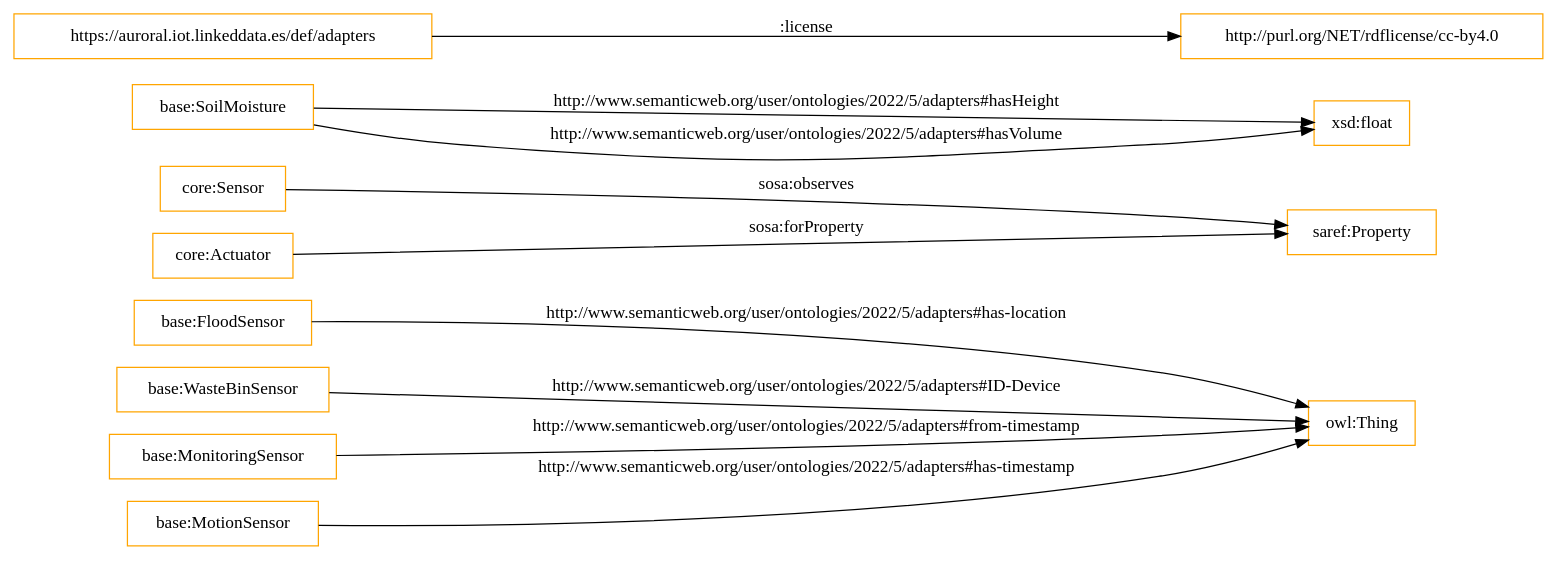
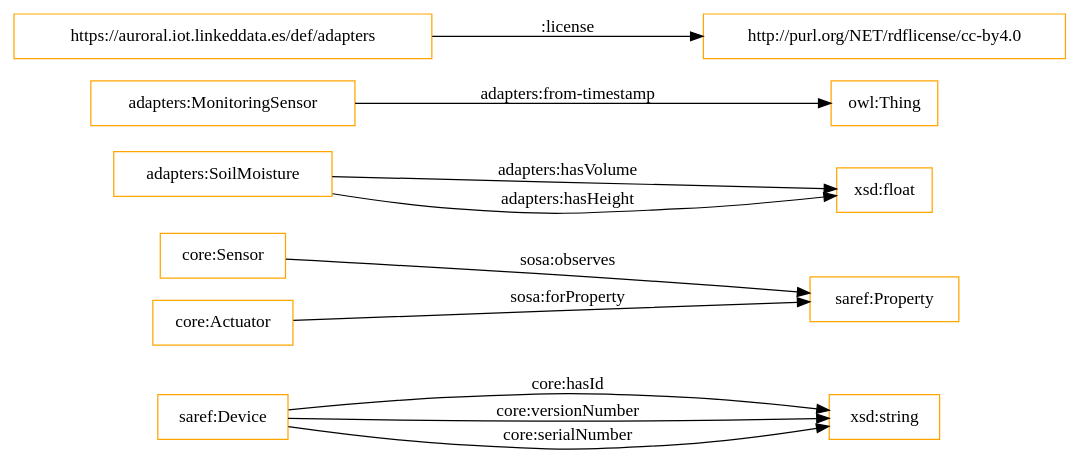
One commit to oeg-upm/auroral-adapters-ontology changed the diagram in OnToology/Ontology/adapters-ontology.owl/diagrams/ar2dtool-class/adapters-ontology.owl.png.dot. Above: the diagram before and after it, drawn with Graphviz. The commit also changed 13 other files, not shown here.

```diff
--- a/OnToology/Ontology/adapters-ontology.owl/diagrams/ar2dtool-class/adapters-ontology.owl.png.dot
+++ b/OnToology/Ontology/adapters-ontology.owl/diagrams/ar2dtool-class/adapters-ontology.owl.png.dot
@@ -1,15 +1,15 @@
 digraph ar2dtool_diagram { 
 rankdir=LR;
 size="1501"
-node [shape = rectangle, color="orange"]; "base:FloodSensor" "core:Sensor" "core:Actuator" "base:SoilMoisture" "base:WasteBinSensor" "saref:Property" "base:MonitoringSensor" "base:MotionSensor" ; /*classes style*/
+node [shape = rectangle, color="orange"]; "saref:Device" "core:Sensor" "core:Actuator" "adapters:SoilMoisture" "saref:Property" "adapters:MonitoringSensor" ; /*classes style*/
 	"https://auroral.iot.linkeddata.es/def/adapters" -> "http://purl.org/NET/rdflicense/cc-by4.0" [ label = ":license" ];
-	"base:SoilMoisture" -> "xsd:float" [ label = "http://www.semanticweb.org/user/ontologies/2022/5/adapters#hasHeight" ];
+	"saref:Device" -> "xsd:string" [ label = "core:hasId" ];
 	"core:Actuator" -> "saref:Property" [ label = "sosa:forProperty" ];
-	"base:SoilMoisture" -> "xsd:float" [ label = "http://www.semanticweb.org/user/ontologies/2022/5/adapters#hasVolume" ];
-	"base:FloodSensor" -> "owl:Thing" [ label = "http://www.semanticweb.org/user/ontologies/2022/5/adapters#has-location" ];
+	"adapters:SoilMoisture" -> "xsd:float" [ label = "adapters:hasVolume" ];
 	"core:Sensor" -> "saref:Property" [ label = "sosa:observes" ];
-	"base:MonitoringSensor" -> "owl:Thing" [ label = "http://www.semanticweb.org/user/ontologies/2022/5/adapters#from-timestamp" ];
-	"base:MotionSensor" -> "owl:Thing" [ label = "http://www.semanticweb.org/user/ontologies/2022/5/adapters#has-timestamp" ];
-	"base:WasteBinSensor" -> "owl:Thing" [ label = "http://www.semanticweb.org/user/ontologies/2022/5/adapters#ID-Device" ];
+	"saref:Device" -> "xsd:string" [ label = "core:versionNumber" ];
+	"adapters:MonitoringSensor" -> "owl:Thing" [ label = "adapters:from-timestamp" ];
+	"adapters:SoilMoisture" -> "xsd:float" [ label = "adapters:hasHeight" ];
+	"saref:Device" -> "xsd:string" [ label = "core:serialNumber" ];
 
 }
```
